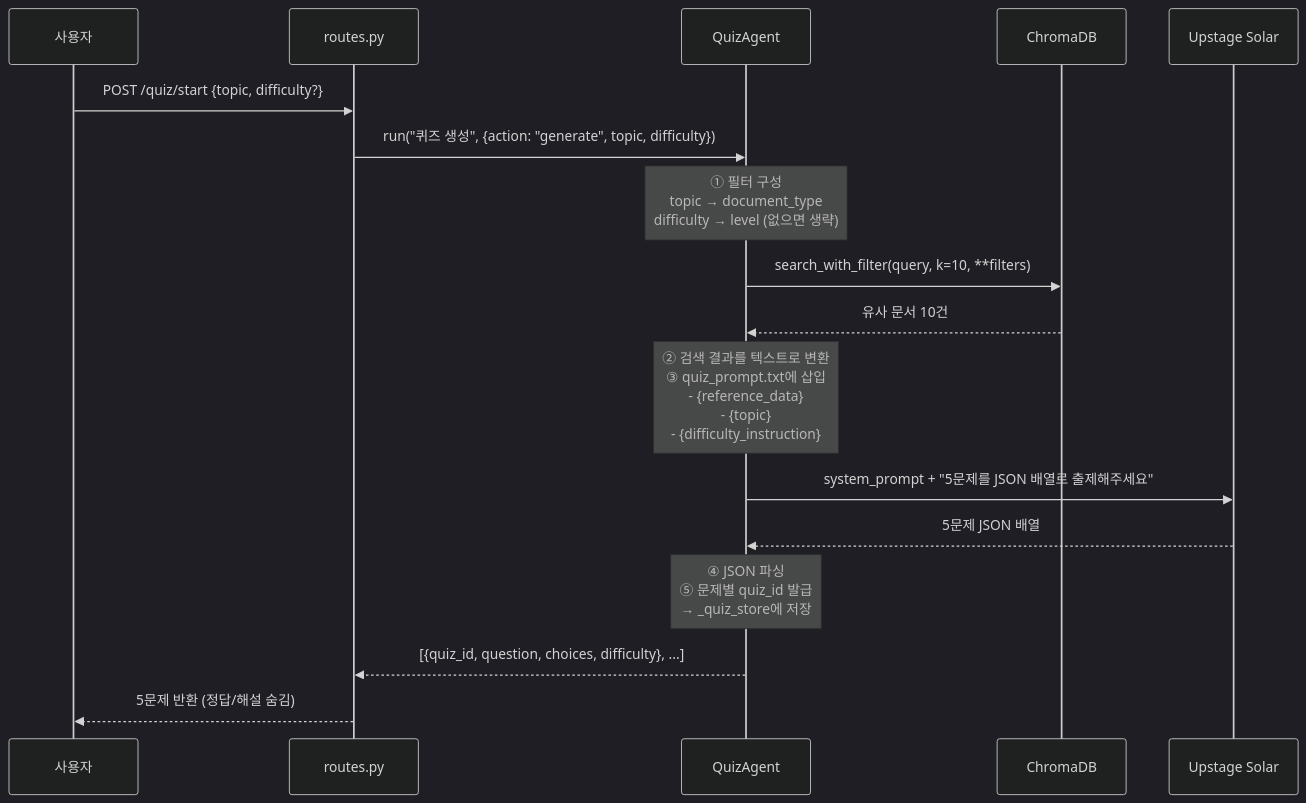
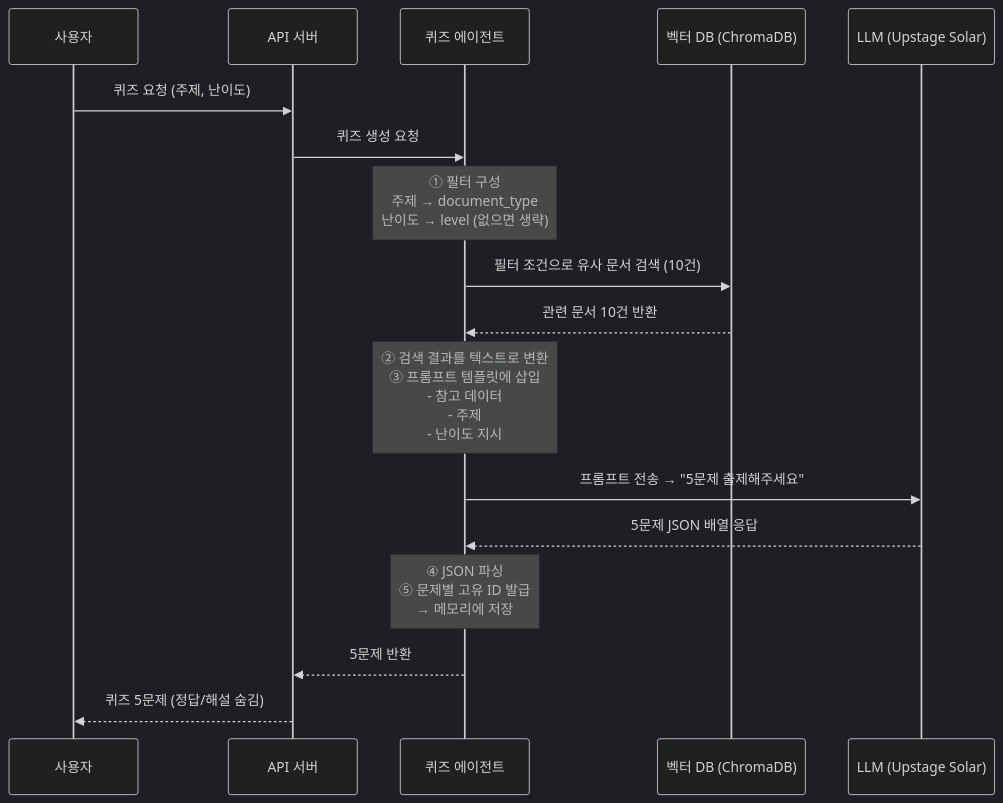
The first of 3 diagrams in docs/Quiz, Eval agent 기획서.md (atozwizard/trade-onboarding-agent), drawn with Mermaid (dark theme) before and after one commit. The commit also changed other lines of this file, not shown here.

Commit message:
docs: 기획서 다이어그램 용어 한국어로 변경

````diff
--- a/docs/Quiz, Eval agent 기획서.md
+++ b/docs/Quiz, Eval agent 기획서.md
@@ -61,23 +61,23 @@
 ```mermaid
 sequenceDiagram
-    participant U as 사용자
-    participant R as routes.py
-    participant Q as QuizAgent
-    participant RAG as ChromaDB
-    participant LLM as Upstage Solar
+    participant 사용자
+    participant API서버 as API 서버
+    participant 퀴즈에이전트 as 퀴즈 에이전트
+    participant 벡터DB as 벡터 DB (ChromaDB)
+    participant LLM as LLM (Upstage Solar)
 
-    U->>R: POST /quiz/start {topic, difficulty?}
-    R->>Q: run("퀴즈 생성", {action: "generate", topic, difficulty})
+    사용자->>API서버: 퀴즈 요청 (주제, 난이도)
+    API서버->>퀴즈에이전트: 퀴즈 생성 요청
 
-    Note over Q: ① 필터 구성<br/>topic → document_type<br/>difficulty → level (없으면 생략)
-    Q->>RAG: search_with_filter(query, k=10, **filters)
-    RAG-->>Q: 유사 문서 10건
+    Note over 퀴즈에이전트: ① 필터 구성<br/>주제 → document_type<br/>난이도 → level (없으면 생략)
+    퀴즈에이전트->>벡터DB: 필터 조건으로 유사 문서 검색 (10건)
+    벡터DB-->>퀴즈에이전트: 관련 문서 10건 반환
 
-    Note over Q: ② 검색 결과를 텍스트로 변환<br/>③ quiz_prompt.txt에 삽입<br/>- {reference_data}<br/>- {topic}<br/>- {difficulty_instruction}
-    Q->>LLM: system_prompt + "5문제를 JSON 배열로 출제해주세요"
-    LLM-->>Q: 5문제 JSON 배열
+    Note over 퀴즈에이전트: ② 검색 결과를 텍스트로 변환<br/>③ 프롬프트 템플릿에 삽입<br/>- 참고 데이터<br/>- 주제<br/>- 난이도 지시
+    퀴즈에이전트->>LLM: 프롬프트 전송 → "5문제 출제해주세요"
+    LLM-->>퀴즈에이전트: 5문제 JSON 배열 응답
 
-    Note over Q: ④ JSON 파싱<br/>⑤ 문제별 quiz_id 발급<br/>→ _quiz_store에 저장
-    Q-->>R: [{quiz_id, question, choices, difficulty}, ...]
-    R-->>U: 5문제 반환 (정답/해설 숨김)
+    Note over 퀴즈에이전트: ④ JSON 파싱<br/>⑤ 문제별 고유 ID 발급<br/>→ 메모리에 저장
+    퀴즈에이전트-->>API서버: 5문제 반환
+    API서버-->>사용자: 퀴즈 5문제 (정답/해설 숨김)
 ```
````
